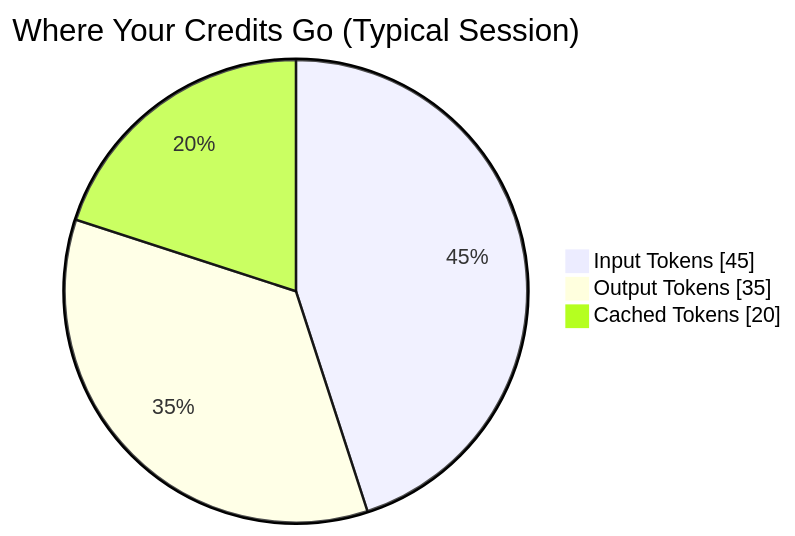
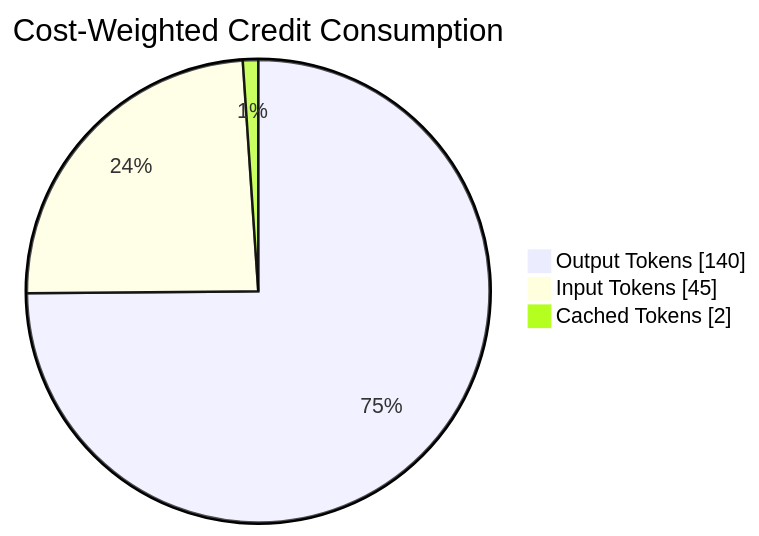
Before and after one commit to dandahprecio/vibe-on-budget: the second of 4 diagrams in token-economy-course/src/content/docs/en/01-hidden-tax.mdx, drawn with Mermaid. The commit also changed other lines of this file and 1 other file, not shown here.

Commit message:
fix: replace unsourced pie chart with cost-weighted ET diagram, relocate formula

````diff
--- a/token-economy-course/src/content/docs/en/01-hidden-tax.mdx
+++ b/token-economy-course/src/content/docs/en/01-hidden-tax.mdx
@@ -42,7 +42,7 @@
 ```mermaid
 pie showData
-    title Where Your Credits Go (Typical Session)
+    title Cost-Weighted Credit Consumption
+    "Output Tokens" : 140
     "Input Tokens" : 45
-    "Output Tokens" : 35
-    "Cached Tokens" : 20
+    "Cached Tokens" : 2
 ```
````
